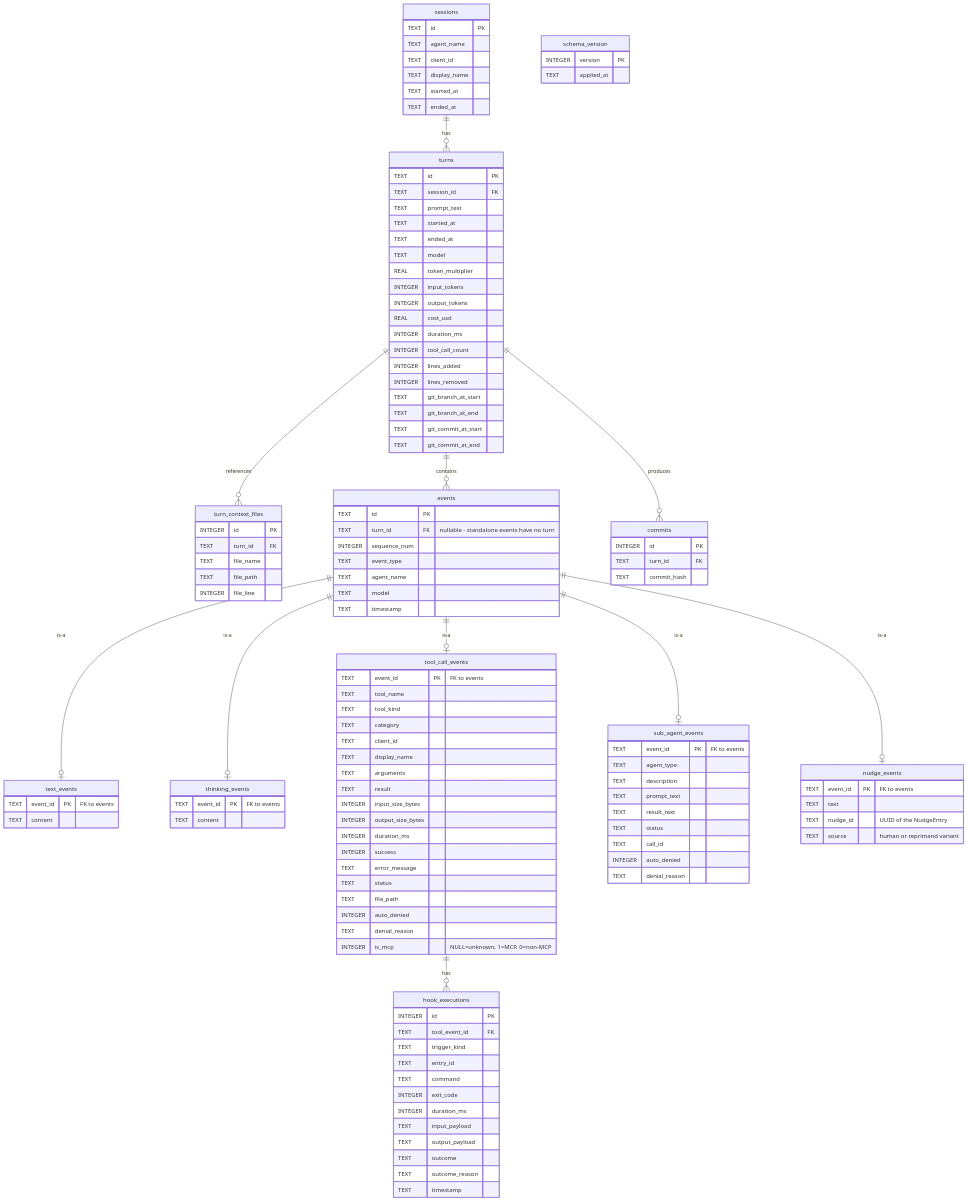
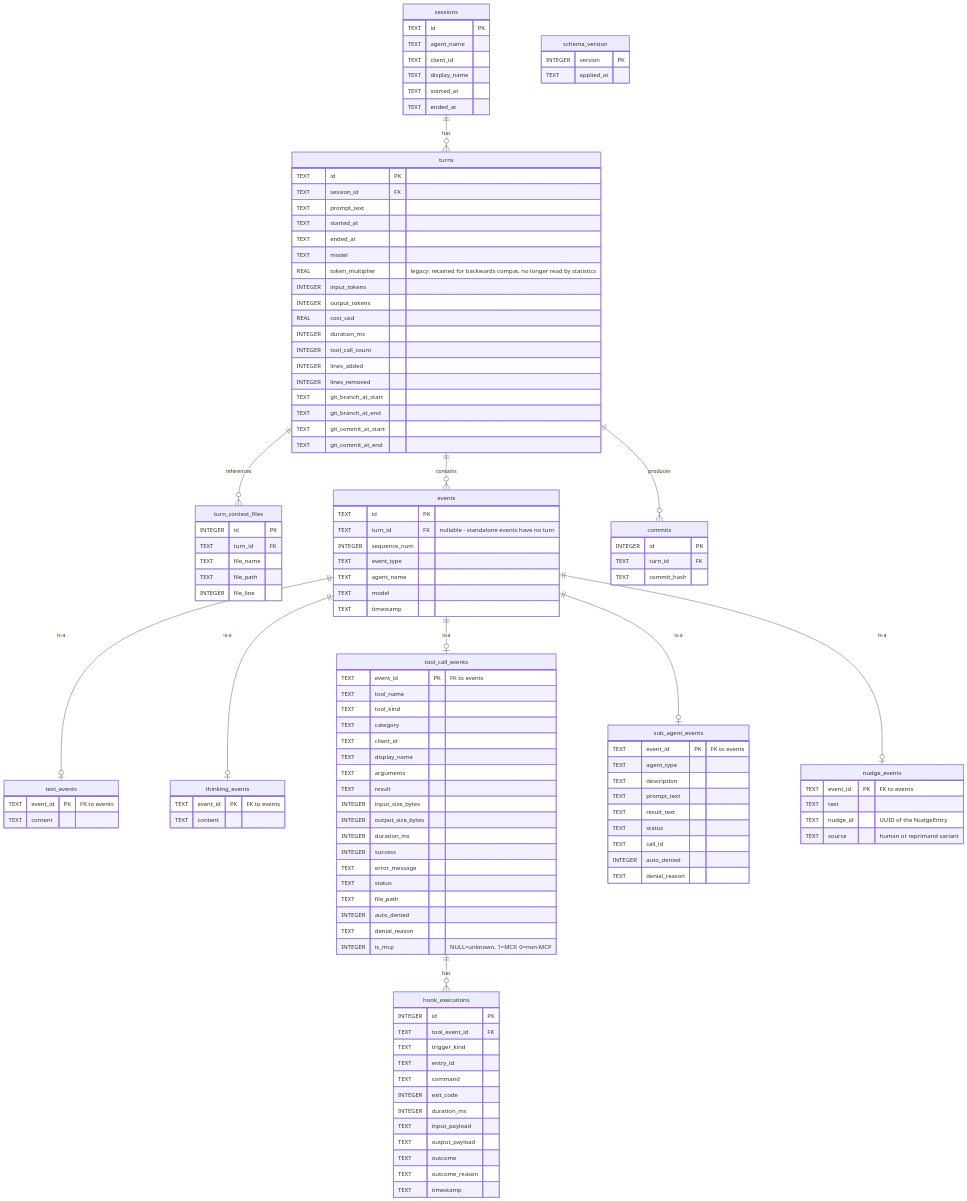
The diagram in docs/CONVERSATION-DB-SCHEMA.md (catatafishen/agentbridge), drawn with Mermaid before and after one commit. The commit also changed 30 other files, not shown here.

```diff
--- a/docs/CONVERSATION-DB-SCHEMA.md
+++ b/docs/CONVERSATION-DB-SCHEMA.md
@@ -26,7 +26,7 @@
         TEXT started_at
         TEXT ended_at
         TEXT model
-        REAL token_multiplier
+        REAL token_multiplier "legacy: retained for backwards compat, no longer read by statistics"
         INTEGER input_tokens
         INTEGER output_tokens
         REAL cost_usd
```
